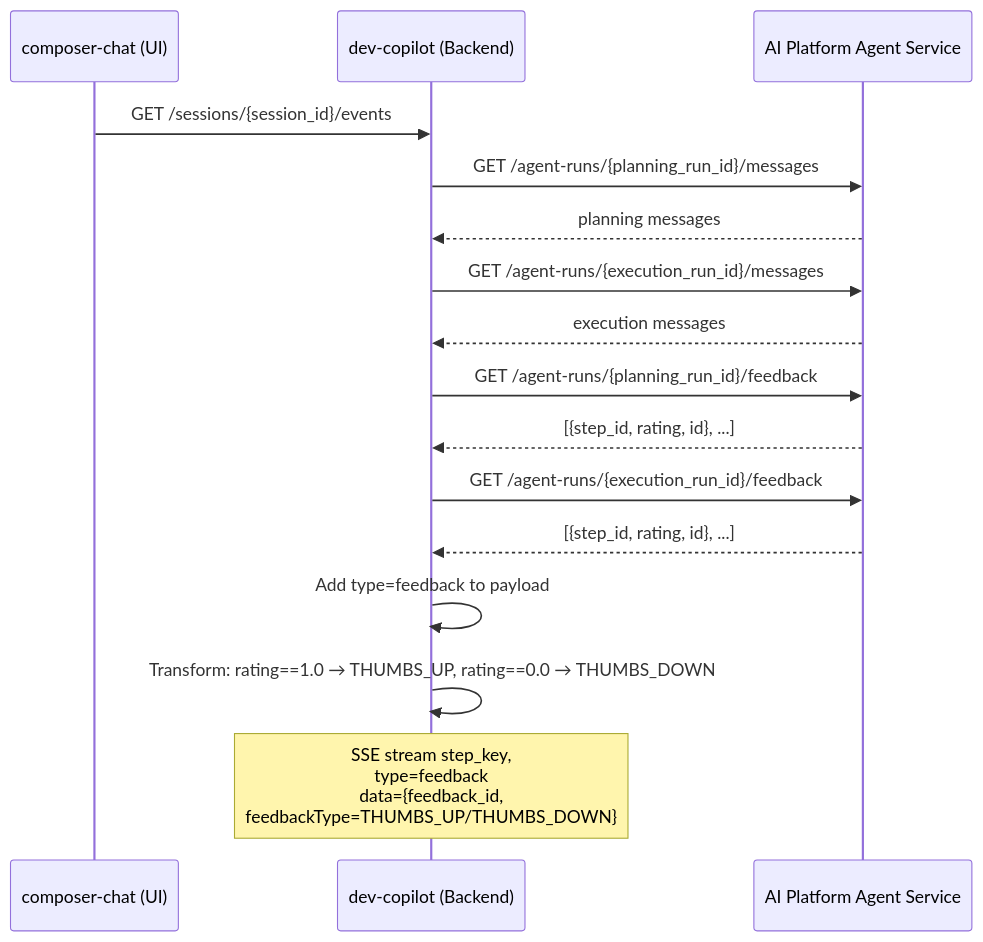
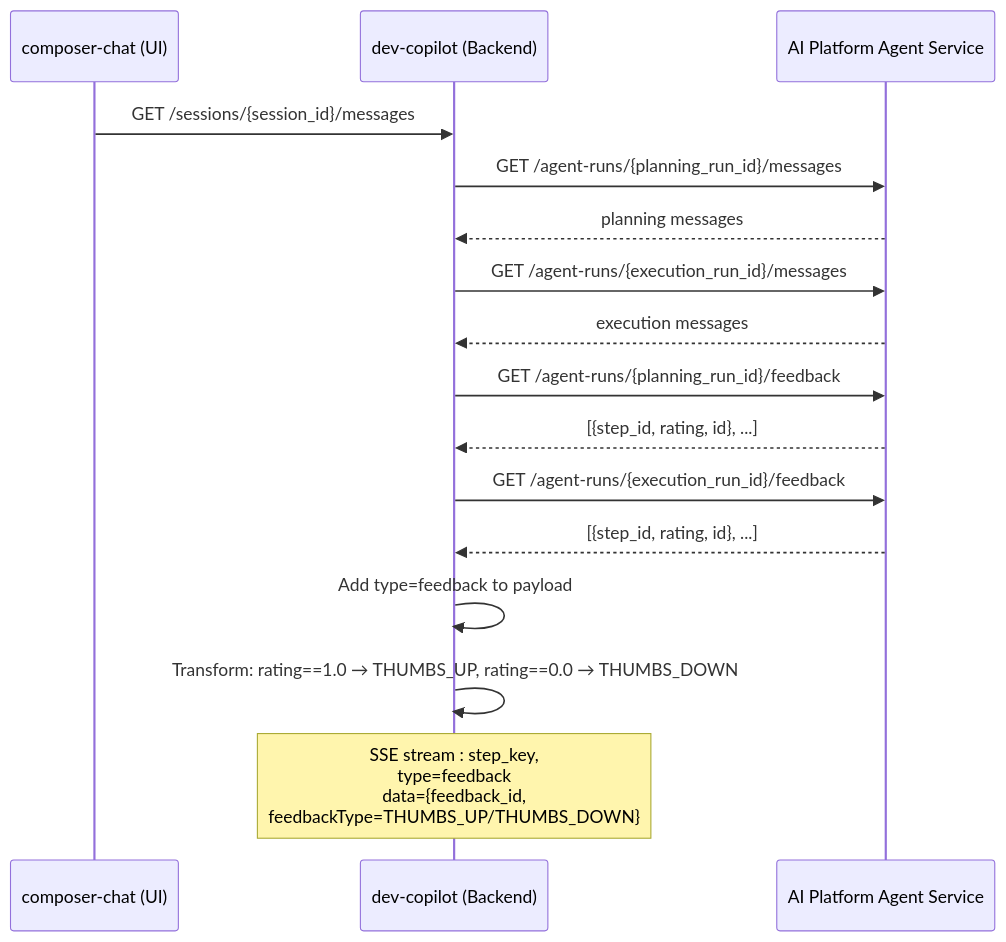
Before and after one commit to vananya23/myrepo: the fourth of 4 diagrams in spec.md, drawn with Mermaid. The commit also changed other lines of this file, not shown here.

First line of the commit message:
Refine feedback process and message ID parsing

````diff
--- a/spec.md
+++ b/spec.md
@@ -137,26 +136,26 @@
 ```mermaid
 
 sequenceDiagram
       participant UI as composer-chat (UI)
       participant BE as dev-copilot (Backend)
       participant AIP as AI Platform Agent Service
   
-      UI->>BE: GET /sessions/{session_id}/events
+      UI->>BE: GET /sessions/{session_id}/messages
        
       BE->>AIP: GET /agent-runs/{planning_run_id}/messages
       AIP-->>BE: planning messages
       
       BE->>AIP: GET /agent-runs/{execution_run_id}/messages
       AIP-->>BE: execution messages
      
       
       BE->>AIP: GET /agent-runs/{planning_run_id}/feedback
       AIP-->>BE: [{step_id, rating, id}, ...]
  
       BE->>AIP: GET /agent-runs/{execution_run_id}/feedback
       AIP-->>BE: [{step_id, rating, id}, ...]
       
       BE->>BE: Add type=feedback to payload
       BE->>BE: Transform: rating==1.0 → THUMBS_UP, rating==0.0 → THUMBS_DOWN
-      Note over BE: SSE stream step_key,<br/>type=feedback<br/>data={feedback_id,<br/>feedbackType=THUMBS_UP/THUMBS_DOWN}
+      Note over BE: SSE stream : step_key,<br/>type=feedback<br/>data={feedback_id,<br/>feedbackType=THUMBS_UP/THUMBS_DOWN}
 ```
````
